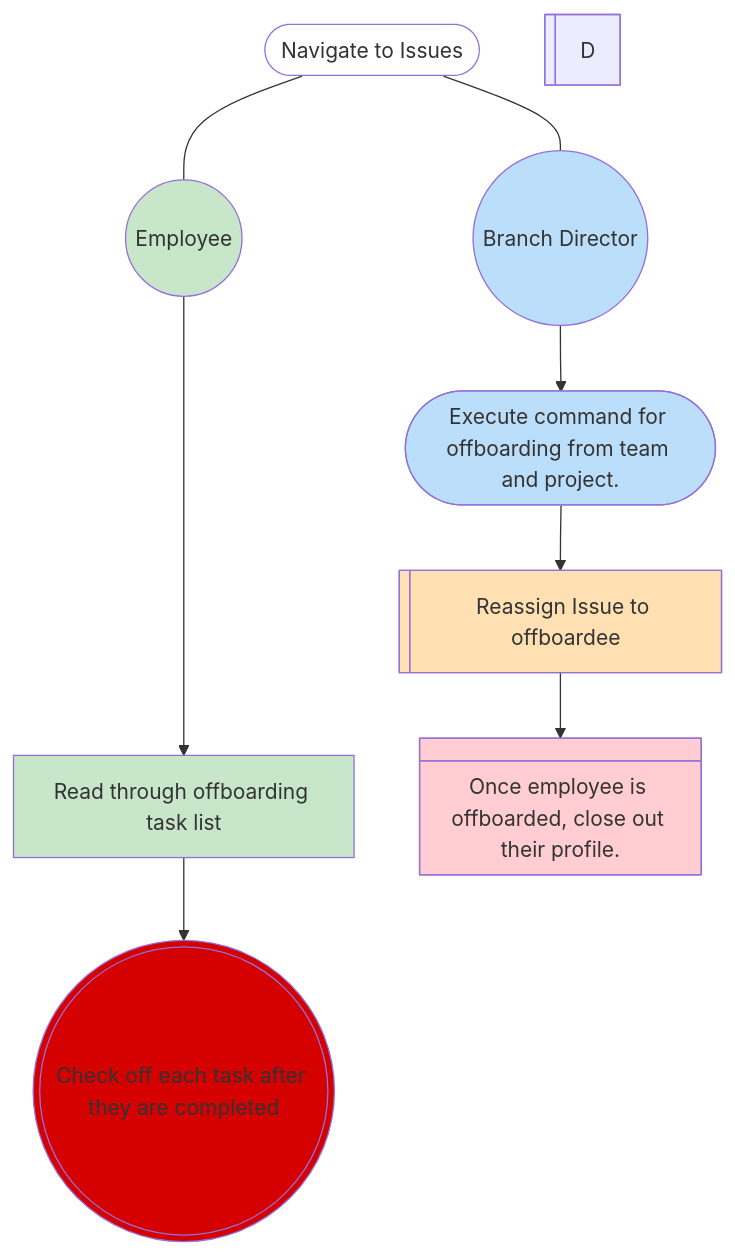
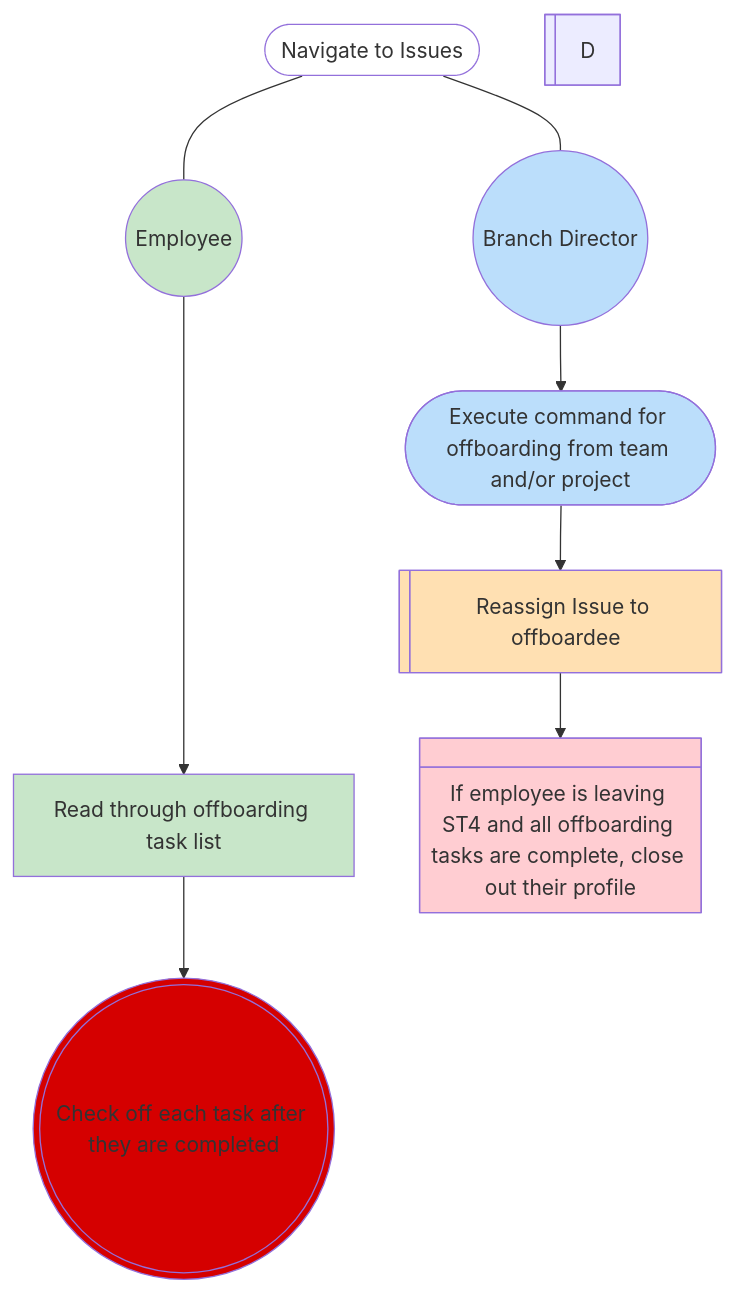
Before and after one commit to nmfs-ost/on-off-boarding: the second of 2 diagrams in getting-started.qmd, drawn with Mermaid. The commit also changed other lines of this file and 2 other files, not shown here.

````diff
--- a/getting-started.qmd
+++ b/getting-started.qmd
@@ -62,23 +63,23 @@
 ```{mermaid}
 flowchart TD;
     A(["Navigate to Issues"]) --- A0(("Branch Director")) & A1(("Employee"));
-    A0 --> B(["Execute command for offboarding from team and project."]);
+    A0 --> B(["Execute command for offboarding from team and/or project"]);
     A1 ----> G["Read through offboarding task list"];
     B --> E["Reassign Issue to offboardee"];
     G --> F["Check off each task after they are completed"];
-    E --> H["Once employee is offboarded, close out their profile."]
+    E --> H["If employee is leaving ST4 and all offboarding tasks are complete, close out their profile"]
 
     E@{ shape: lin-rect};
     D@{ shape: lin-rect};
     F@{ shape: dbl-circ};
     H@{ shape: div-rect};
     style A fill:transparent;
     style A0 fill:#BBDEFB;
     style A1 fill:#C8E6C9;
     style B fill:#BBDEFB;
     style G fill:#C8E6C9;
     style E fill:#FFE0B2;
     style F fill:#D50000;
     style H fill:#FFCDD2;
     click A "https://github.com/nmfs-ost/on-off-boarding/issues";
 ```
````
